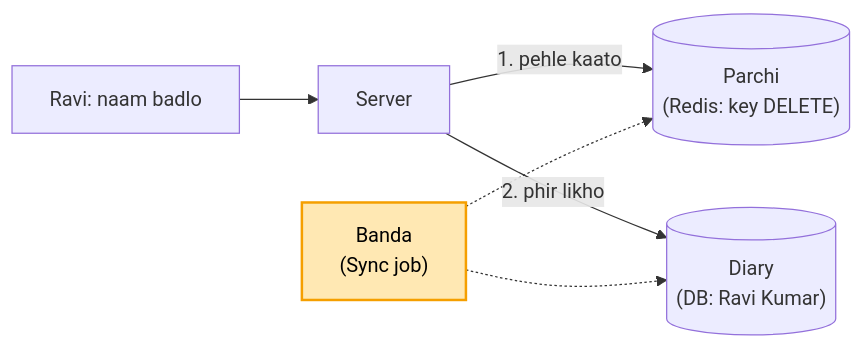
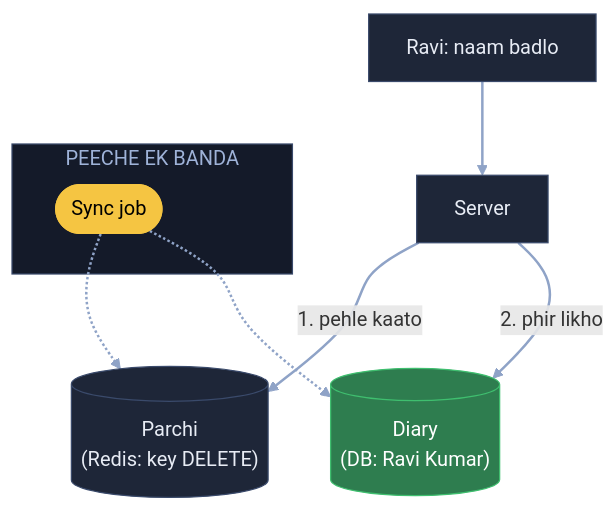
One commit to ArpanMaheshwari144/Prep changed the fifth of 7 diagrams in 04_HLD/SYSTEM_DESIGNS/10_distributed_cache/10_distributed_cache.md. Above: the diagram before and after it, drawn with Mermaid. The commit also changed other lines of this file, not shown here.

Commit message:
Cache: 7 diagram YouTube (reel) wale card andaaz me

````diff
--- a/04_HLD/SYSTEM_DESIGNS/10_distributed_cache/10_distributed_cache.md
+++ b/04_HLD/SYSTEM_DESIGNS/10_distributed_cache/10_distributed_cache.md
@@ -137,9 +179,21 @@
 ```mermaid
-flowchart LR
-    U["Ravi: naam badlo"] --> S["Server"]
-    S -- "1. pehle kaato" --> C[("Parchi<br/>(Redis: key DELETE)")]
-    S -- "2. phir likho" --> D[("Diary<br/>(DB: Ravi Kumar)")]
-    J["Banda<br/>(Sync job)"] -.-> C
+flowchart TB
+    U["Ravi: naam badlo"]:::card
+    S["Server"]:::card
+    C[("Parchi<br/>(Redis: key DELETE)")]:::card
+    D[("Diary<br/>(DB: Ravi Kumar)")]:::good
+    subgraph PB["PEECHE EK BANDA"]
+        J(["Sync job"]):::pill
+    end
+    U --> S
+    S -- "1. pehle kaato" --> C
+    S -- "2. phir likho" --> D
+    J -.-> C
     J -.-> D
-    style J fill:#ffe8b3,stroke:#f59f00,stroke-width:2px,color:#000
+    linkStyle default stroke:#8fa3c7,stroke-width:2px
+    classDef card fill:#1e2638,stroke:#3a4a6b,color:#e8ecf5
+    classDef pill fill:#f5c542,stroke:#f5c542,color:#000
+    classDef good fill:#2e7d4f,stroke:#3fbf6f,color:#fff
+    classDef bad fill:#5c1f24,stroke:#e05561,color:#fff
+    style PB fill:#141a29,stroke:#3a4a6b,color:#9fb3d9
 ```
````
